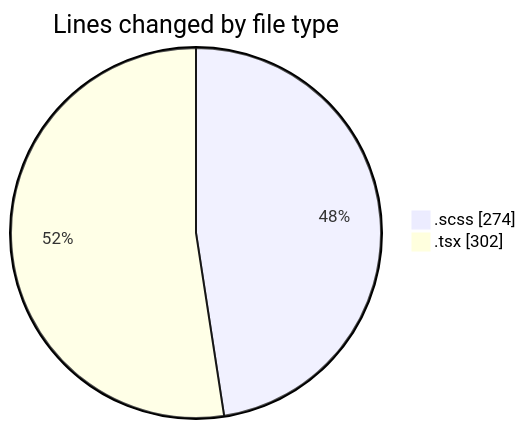
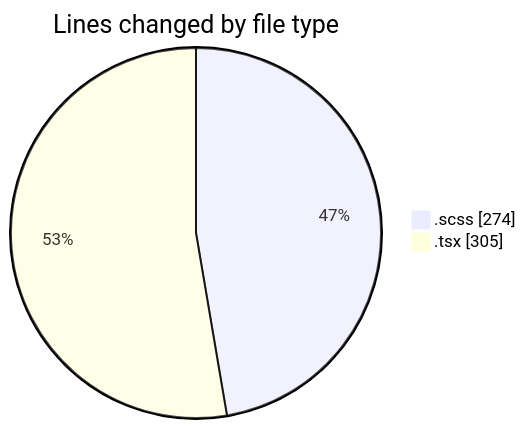
One commit to momahboobian/code-tracking changed the first of 2 diagrams in 2025-03-04/cda/README.md. Above: the diagram before and after it, drawn with Mermaid. The commit also changed other lines of this file and 1 other file, not shown here.

````diff
--- a/2025-03-04/cda/README.md
+++ b/2025-03-04/cda/README.md
@@ -24,6 +24,6 @@
 ```mermaid
 pie showData
 title Lines changed by file type
 ".scss" : 274
-".tsx" : 302
+".tsx" : 305
 ```
````
